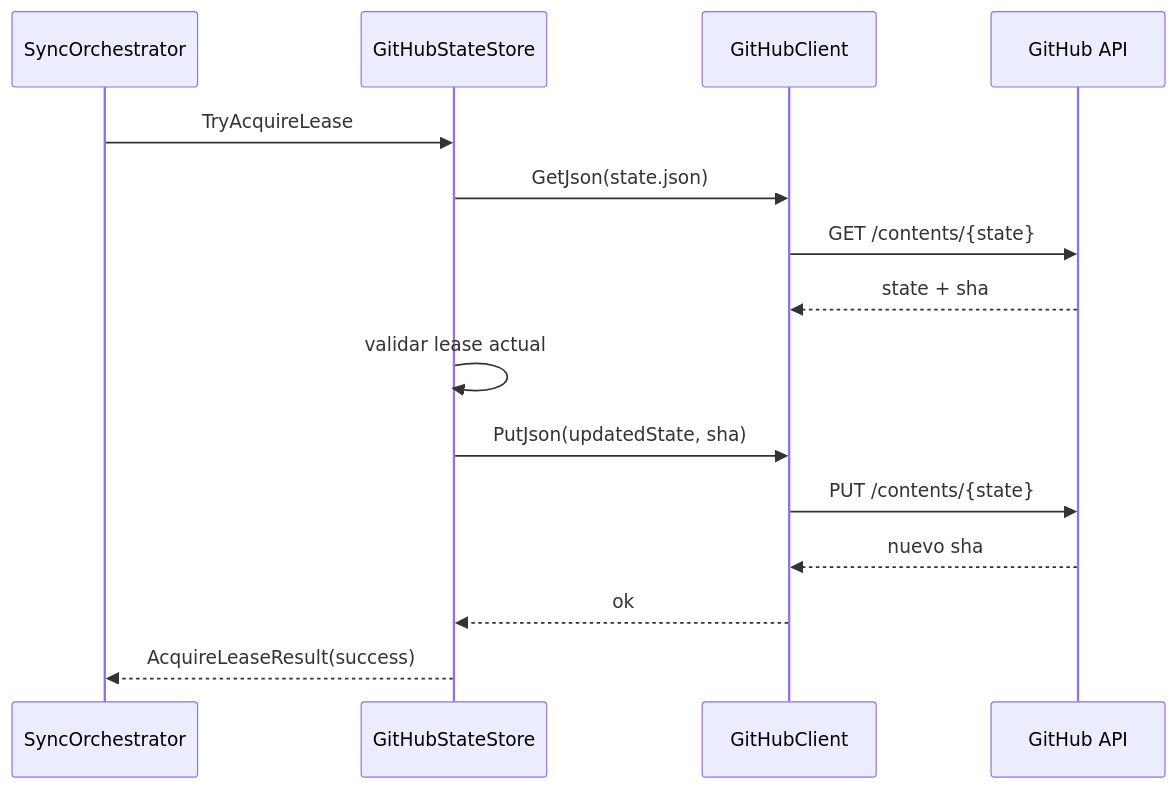
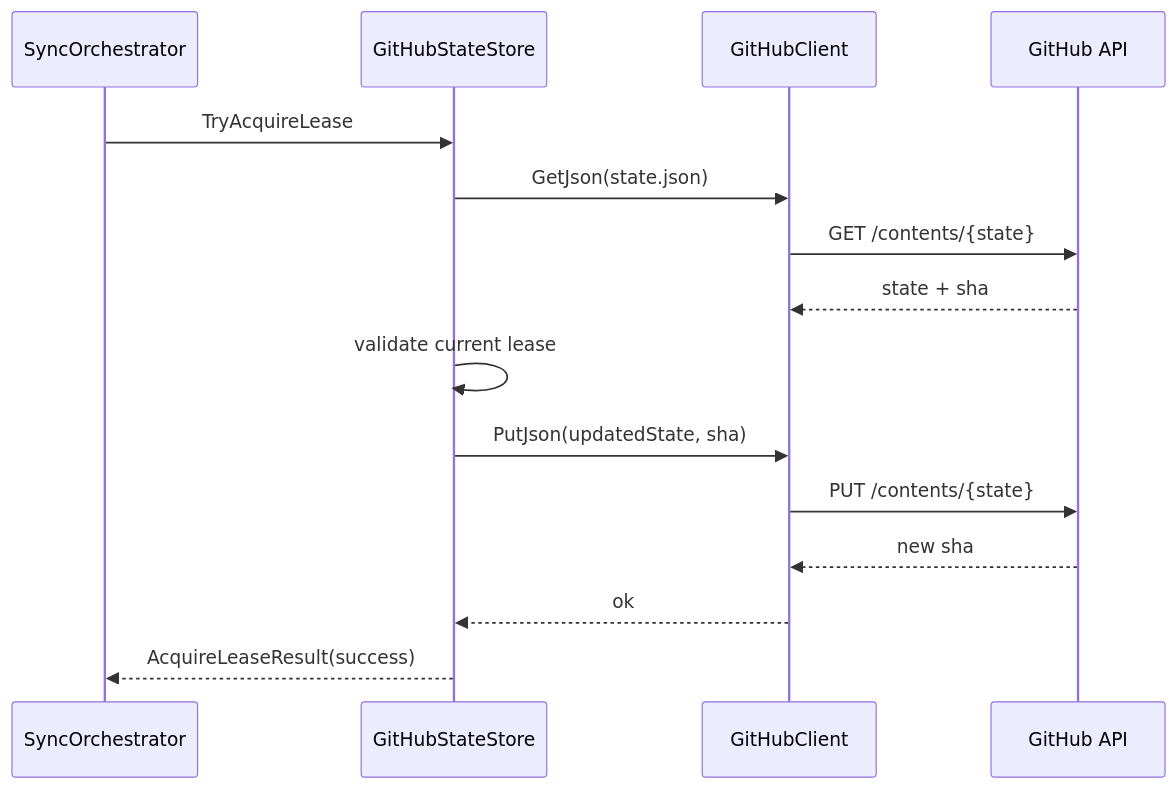
The first of 2 diagrams in src/GitHub/README.md (fnandoth/mcsync), drawn with Mermaid before and after one commit. The commit also changed other lines of this file and 14 other files, not shown here.

````diff
--- a/src/GitHub/README.md
+++ b/src/GitHub/README.md
@@ -14,18 +16,18 @@
 ```mermaid
 sequenceDiagram
     participant O as SyncOrchestrator
     participant S as GitHubStateStore
     participant C as GitHubClient
     participant GH as GitHub API
 
     O->>S: TryAcquireLease
     S->>C: GetJson(state.json)
     C->>GH: GET /contents/{state}
     GH-->>C: state + sha
-    S->>S: validar lease actual
+    S->>S: validate current lease
     S->>C: PutJson(updatedState, sha)
     C->>GH: PUT /contents/{state}
-    GH-->>C: nuevo sha
+    GH-->>C: new sha
     C-->>S: ok
     S-->>O: AcquireLeaseResult(success)
 ```
````
